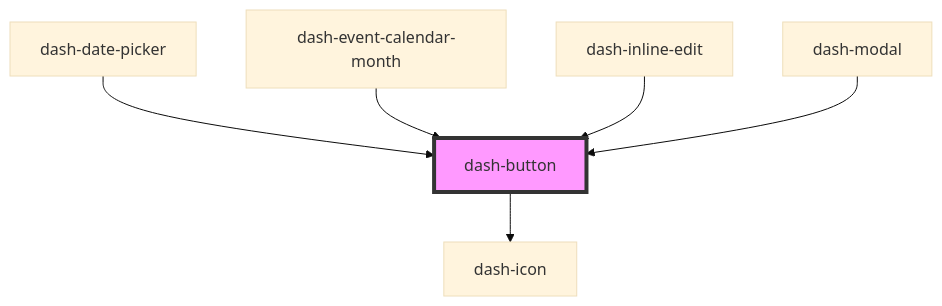
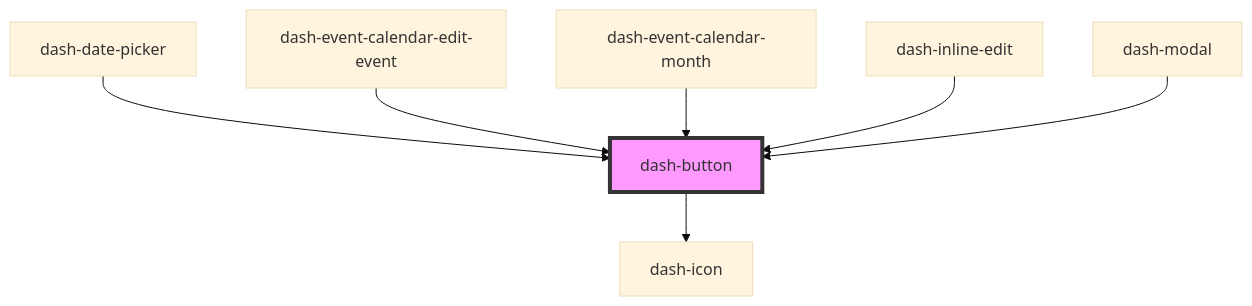
Before and after one commit to jmanke/dash: the diagram in packages/dash-components/src/components/dash-button/readme.md, drawn with Mermaid (base theme). The commit also changed other lines of this file and 5 other files, not shown here.

````diff
--- a/packages/dash-components/src/components/dash-button/readme.md
+++ b/packages/dash-components/src/components/dash-button/readme.md
@@ -46,9 +47,10 @@
 ```mermaid
 graph TD;
   dash-button --> dash-icon
   dash-date-picker --> dash-button
+  dash-event-calendar-edit-event --> dash-button
   dash-event-calendar-month --> dash-button
   dash-inline-edit --> dash-button
   dash-modal --> dash-button
   style dash-button fill:#f9f,stroke:#333,stroke-width:4px
 ```
````
